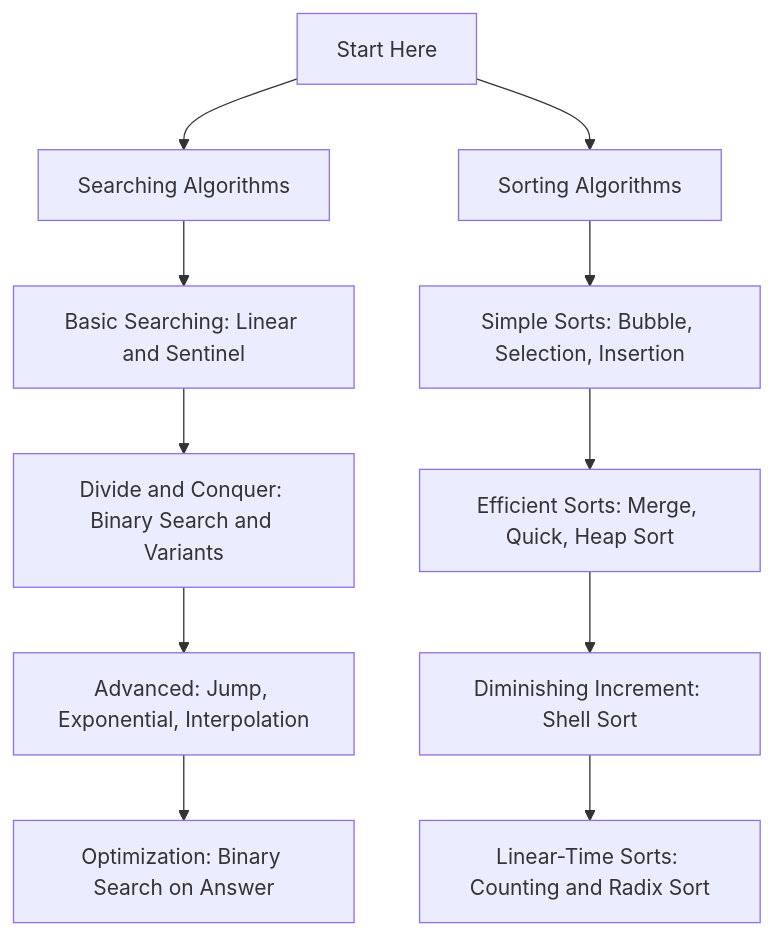
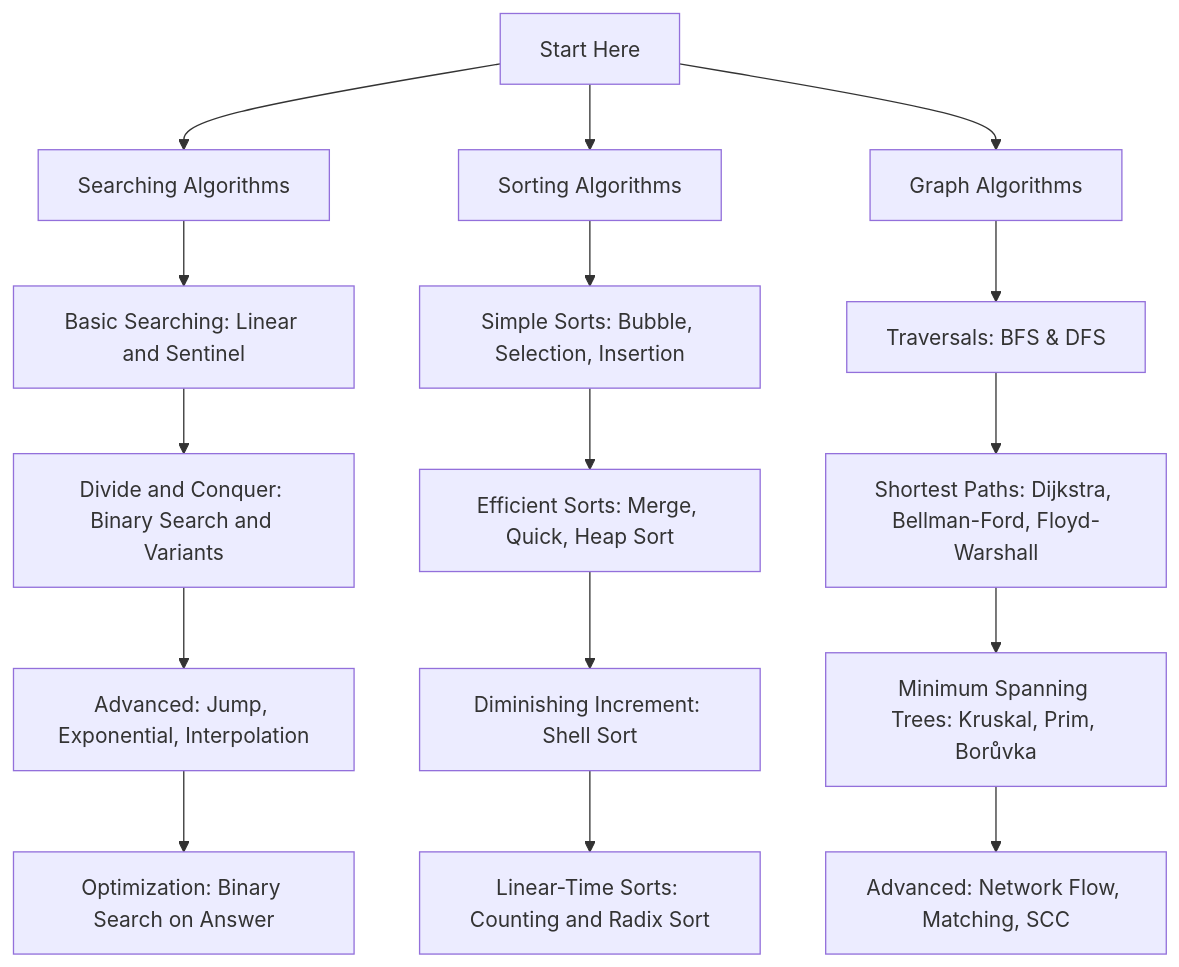
The diagram in README.md (priteshbhoi/programming-algorithm), drawn with Mermaid before and after one commit. The commit also changed other lines of this file and 34 other files, not shown here.

Commit message:
Update README.md with complete 213 algorithms roadmap and add algorithm guides

````diff
--- a/README.md
+++ b/README.md
@@ -75,15 +436,21 @@
 ```mermaid
 flowchart TD
     Start[Start Here] --> Search[Searching Algorithms]
     Start --> Sort[Sorting Algorithms]
+    Start --> Graph[Graph Algorithms]
     
     Search --> S1[Basic Searching: Linear and Sentinel]
     S1 --> S2[Divide and Conquer: Binary Search and Variants]
     S2 --> S3[Advanced: Jump, Exponential, Interpolation]
     S3 --> S4[Optimization: Binary Search on Answer]
     
     Sort --> Sort1[Simple Sorts: Bubble, Selection, Insertion]
     Sort1 --> Sort2[Efficient Sorts: Merge, Quick, Heap Sort]
     Sort2 --> Sort3[Diminishing Increment: Shell Sort]
     Sort3 --> Sort4[Linear-Time Sorts: Counting and Radix Sort]
+    
+    Graph --> G1[Traversals: BFS & DFS]
+    G1 --> G2[Shortest Paths: Dijkstra, Bellman-Ford, Floyd-Warshall]
+    G2 --> G3[Minimum Spanning Trees: Kruskal, Prim, Borůvka]
+    G3 --> G4[Advanced: Network Flow, Matching, SCC]
 ```
````
